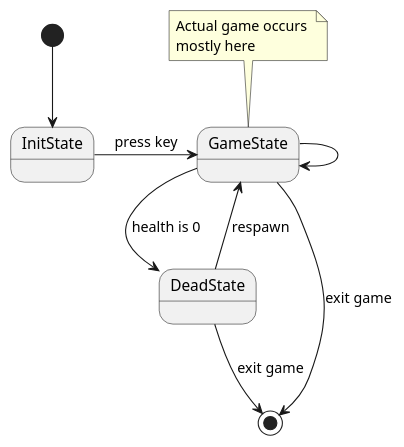
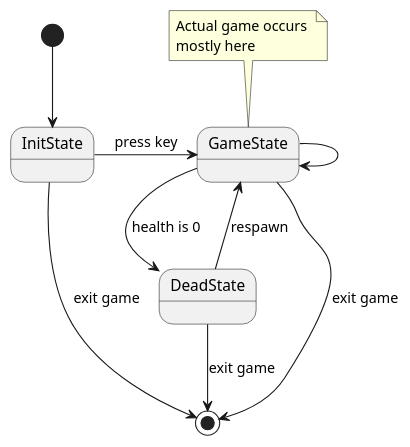
One commit to asrob-uc3m/robotDevastation-developer-manual changed the diagram in en/game-fsm.md. Above: the diagram before and after it, drawn with PlantUML.

Commit message:
Updates en/game-fsm.md
Auto commit by GitBook Editor

```diff
--- a/en/game-fsm.md
+++ b/en/game-fsm.md
@@ -5,14 +5,15 @@
 {% plantuml %}
 [*] --> InitState
 InitState -> GameState : press key
+InitState --> [*] : exit game
 GameState --> GameState
 GameState --> DeadState : health is 0
 GameState --> [*] : exit game
 DeadState --> GameState :  respawn
 DeadState --> [*] : exit game
 
 note top of GameState
   Actual game occurs 
   mostly here
 end note
 {% endplantuml %}
```
